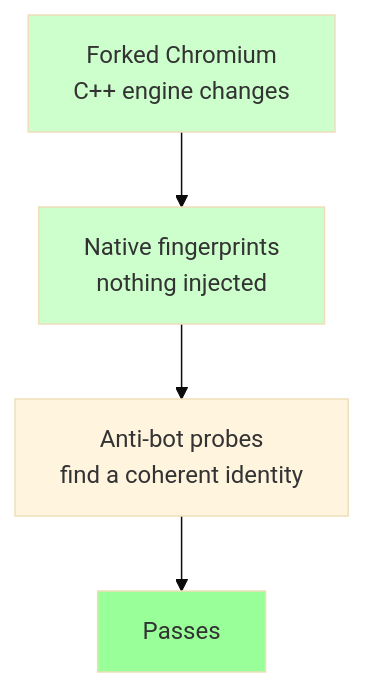
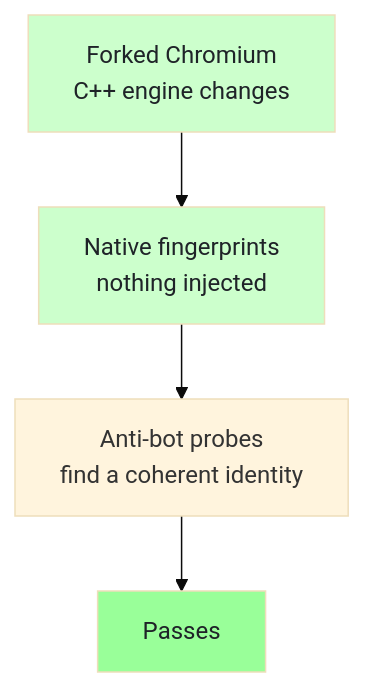
The second of 2 diagrams in _posts/2026-06-20-chromiumfish-engine-level-stealth-browser-fingerprint-hardening.md (bytetunnels/bytetunnels.github.com), drawn with Mermaid (base theme) before and after one commit. The commit also changed other lines of this file and 118 other files, not shown here.

Commit message:
feat: improve diagram styling and compact wide flowcharts

````diff
--- a/_posts/2026-06-20-chromiumfish-engine-level-stealth-browser-fingerprint-hardening.md
+++ b/_posts/2026-06-20-chromiumfish-engine-level-stealth-browser-fingerprint-hardening.md
@@ -42,10 +42,10 @@
 ```mermaid
 graph TD
     F["Forked Chromium<br>C++ engine changes"] --> G["Native fingerprints<br>nothing injected"]
     G --> H["Anti-bot probes<br>find a coherent identity"]
     H --> I["Passes"]
 
-    style F fill:#ccffcc
-    style G fill:#ccffcc
-    style I fill:#99ff99
+    style F fill:#ccffcc,color:#1f2328
+    style G fill:#ccffcc,color:#1f2328
+    style I fill:#99ff99,color:#1f2328
 ```
````
